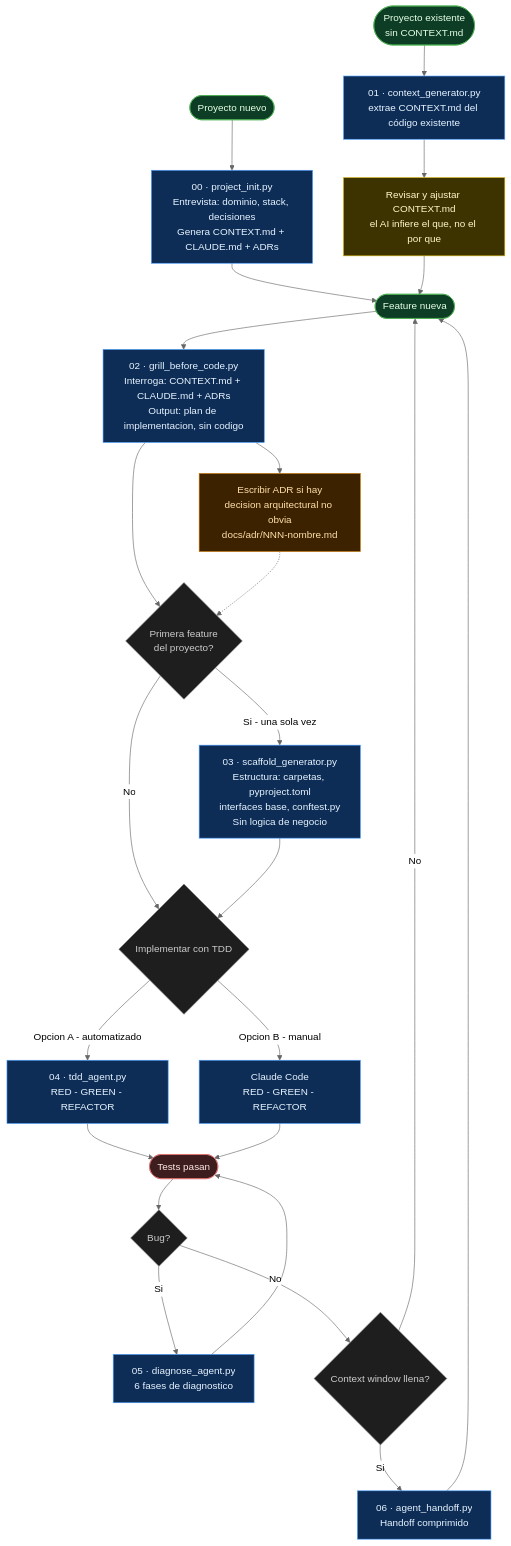
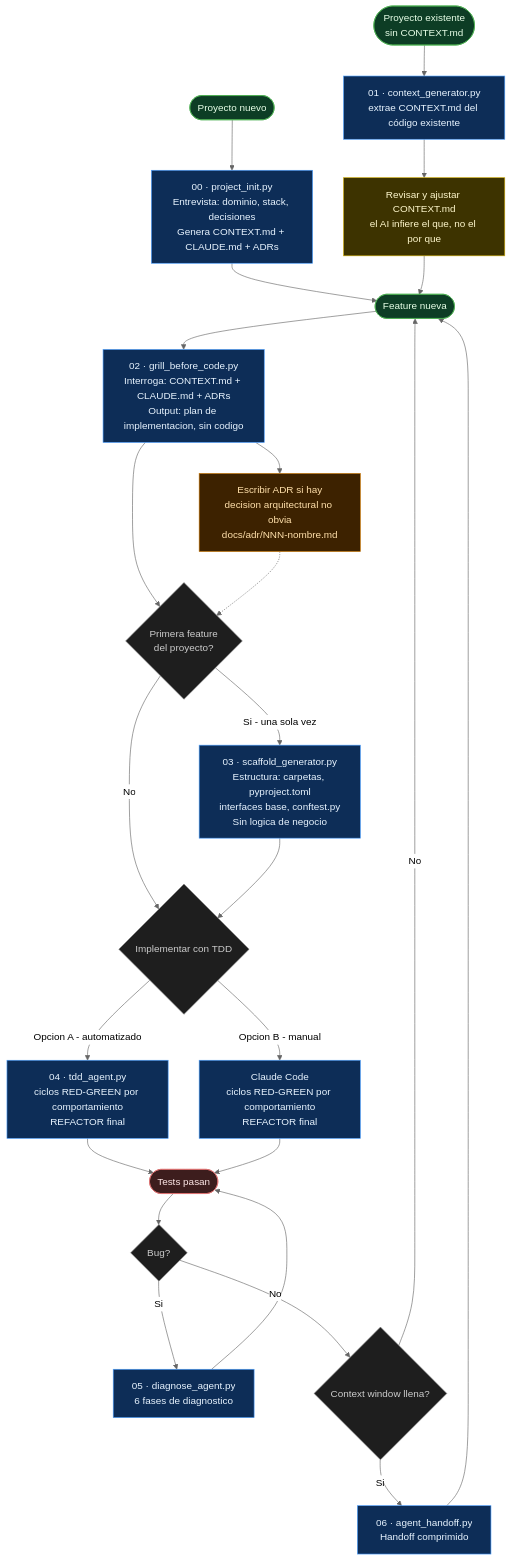
Before and after one commit to ricdex/ai-agentic: the diagram in module-00-developer-workflow/README.md, drawn with Mermaid (neutral theme). The commit also changed other lines of this file and 34 other files, not shown here.

````diff
--- a/module-00-developer-workflow/README.md
+++ b/module-00-developer-workflow/README.md
@@ -28,46 +30,46 @@
 ```mermaid
 flowchart TD
     GF([Proyecto nuevo]) --> INIT["00 · project_init.py<br/>Entrevista: dominio, stack, decisiones<br/>Genera CONTEXT.md + CLAUDE.md + ADRs"]
     INIT --> Feature
 
     BF(["Proyecto existente<br/>sin CONTEXT.md"]) --> CTX["01 · context_generator.py<br/>extrae CONTEXT.md del código existente"]
     CTX --> Rev["Revisar y ajustar CONTEXT.md<br/>el AI infiere el que, no el por que"]
     Rev --> Feature
 
     Feature([Feature nueva]) --> Grill["02 · grill_before_code.py<br/>Interroga: CONTEXT.md + CLAUDE.md + ADRs<br/>Output: plan de implementacion, sin codigo"]
 
     Grill --> ADR["Escribir ADR si hay<br/>decision arquitectural no obvia<br/>docs/adr/NNN-nombre.md"]
     Grill --> First{"Primera feature<br/>del proyecto?"}
     ADR -.-> First
 
     First -->|Si - una sola vez| Scaffold["03 · scaffold_generator.py<br/>Estructura: carpetas, pyproject.toml<br/>interfaces base, conftest.py<br/>Sin logica de negocio"]
     First -->|No| TDD{"Implementar con TDD"}
     Scaffold --> TDD
 
-    TDD -->|Opcion A - automatizado| A["04 · tdd_agent.py<br/>RED - GREEN - REFACTOR"]
-    TDD -->|Opcion B - manual| B["Claude Code<br/>RED - GREEN - REFACTOR"]
+    TDD -->|Opcion A - automatizado| A["04 · tdd_agent.py<br/>ciclos RED-GREEN por comportamiento<br/>REFACTOR final"]
+    TDD -->|Opcion B - manual| B["Claude Code<br/>ciclos RED-GREEN por comportamiento<br/>REFACTOR final"]
 
     A & B --> OK([Tests pasan])
 
     OK --> BugQ{Bug?}
     BugQ -->|Si| Diag["05 · diagnose_agent.py<br/>6 fases de diagnostico"]
     Diag --> OK
     BugQ -->|No| CtxQ{"Context window llena?"}
     CtxQ -->|Si| HO["06 · agent_handoff.py<br/>Handoff comprimido"]
     HO --> Feature
     CtxQ -->|No| Feature
 
     classDef agent fill:#0d2d57,stroke:#4a9eff,color:#e8f4ff
     classDef gate fill:#1e1e1e,stroke:#888,color:#ccc
     classDef entry fill:#0d3d25,stroke:#4caf50,color:#e8ffe8
     classDef ok fill:#3d1d1d,stroke:#e07070,color:#ffe8e8
     classDef doc fill:#3d3300,stroke:#cca800,color:#fff8cc
     classDef adr fill:#3d2200,stroke:#cc7700,color:#ffe0aa
 
     class INIT,Grill,CTX,Scaffold,A,B,Diag,HO agent
     class First,TDD,BugQ,CtxQ gate
     class GF,BF,Feature entry
     class OK ok
     class WC,WCL,Rev doc
     class ADR adr
 ```
````
